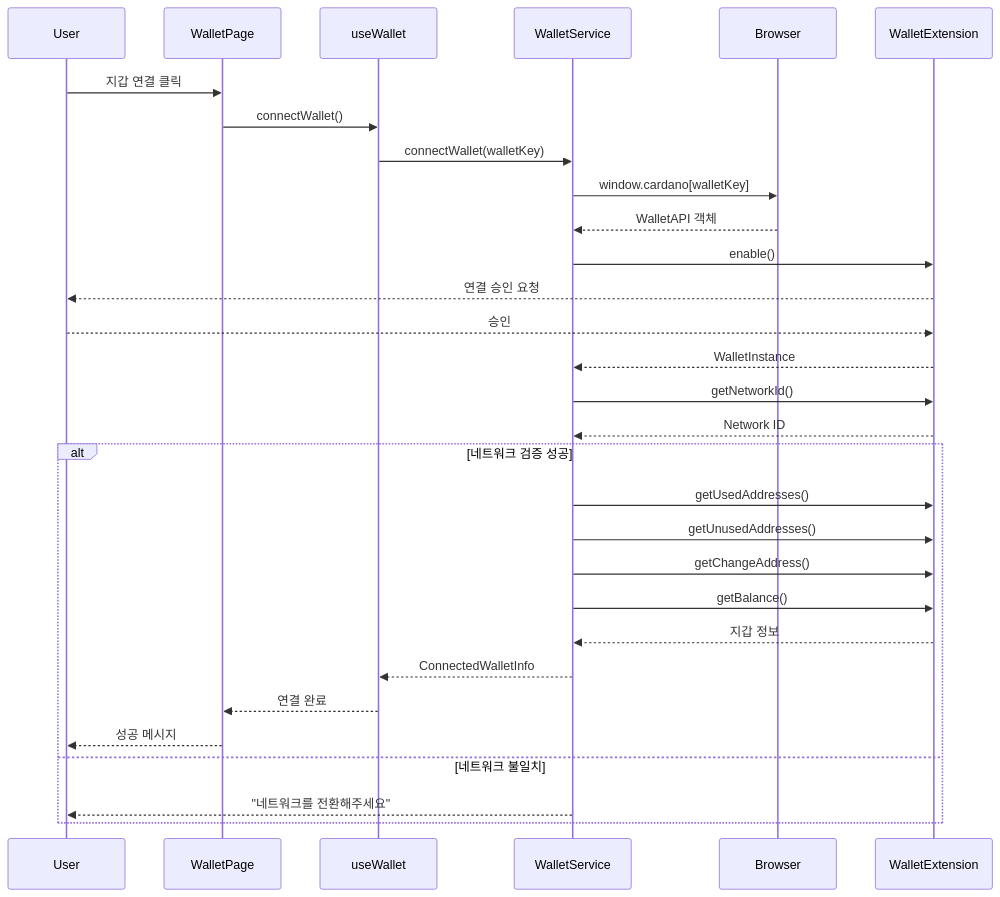
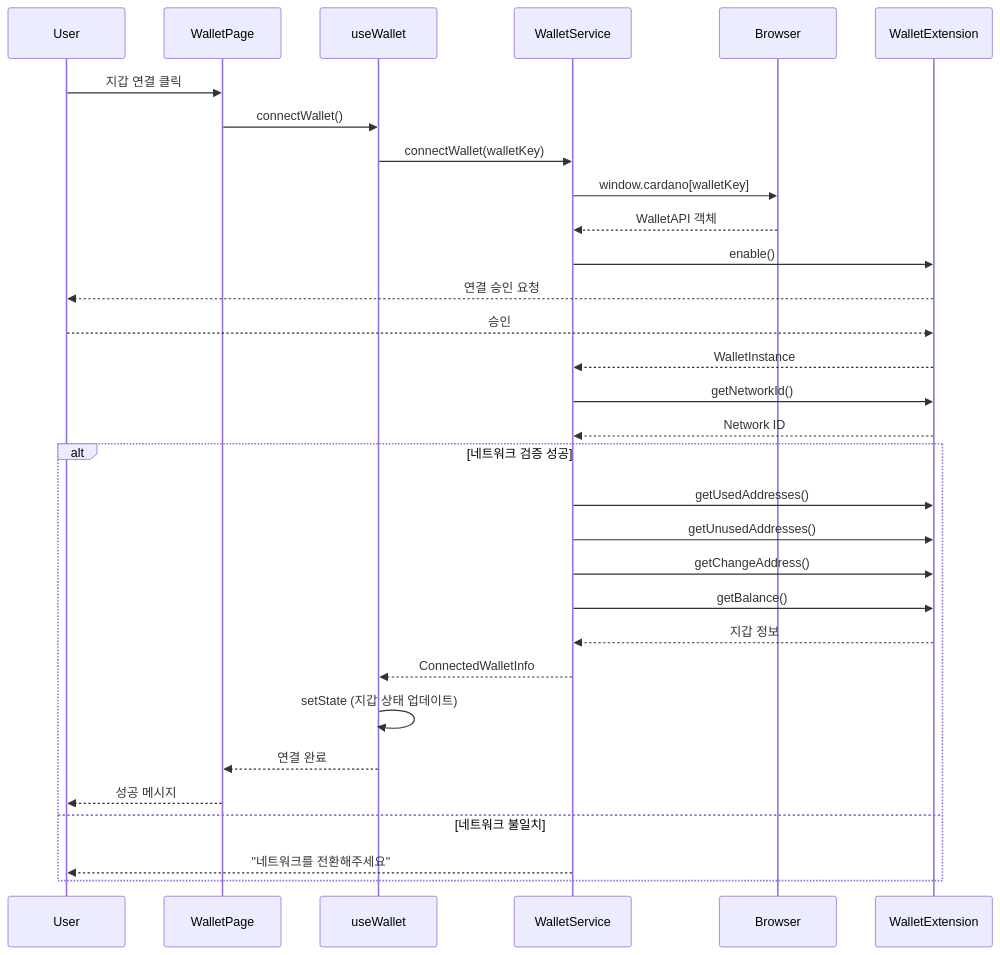
Before and after one commit to HyeonHo-Park/cardano-basic-dapp-1: the first of 5 diagrams in docs/wallet-sequence.md, drawn with Mermaid. The commit also changed other lines of this file and 30 other files, not shown here.

````diff
--- a/docs/wallet-sequence.md
+++ b/docs/wallet-sequence.md
@@ -5,38 +5,39 @@
 ```mermaid
 sequenceDiagram
     participant User
     participant WalletPage
     participant useWallet
     participant WalletService
     participant Browser
     participant WalletExtension
 
     User->>WalletPage: 지갑 연결 클릭
     WalletPage->>useWallet: connectWallet()
     useWallet->>WalletService: connectWallet(walletKey)
 
     WalletService->>Browser: window.cardano[walletKey]
     Browser-->>WalletService: WalletAPI 객체
 
     WalletService->>WalletExtension: enable()
     WalletExtension-->>User: 연결 승인 요청
     User-->>WalletExtension: 승인
     WalletExtension-->>WalletService: WalletInstance
 
     WalletService->>WalletExtension: getNetworkId()
     WalletExtension-->>WalletService: Network ID
 
     alt 네트워크 검증 성공
         WalletService->>WalletExtension: getUsedAddresses()
         WalletService->>WalletExtension: getUnusedAddresses()
         WalletService->>WalletExtension: getChangeAddress()
         WalletService->>WalletExtension: getBalance()
 
         WalletExtension-->>WalletService: 지갑 정보
         WalletService-->>useWallet: ConnectedWalletInfo
+        useWallet->>useWallet: setState (지갑 상태 업데이트)
         useWallet-->>WalletPage: 연결 완료
         WalletPage-->>User: 성공 메시지
     else 네트워크 불일치
         WalletService-->>User: "네트워크를 전환해주세요"
     end
 ```
````
